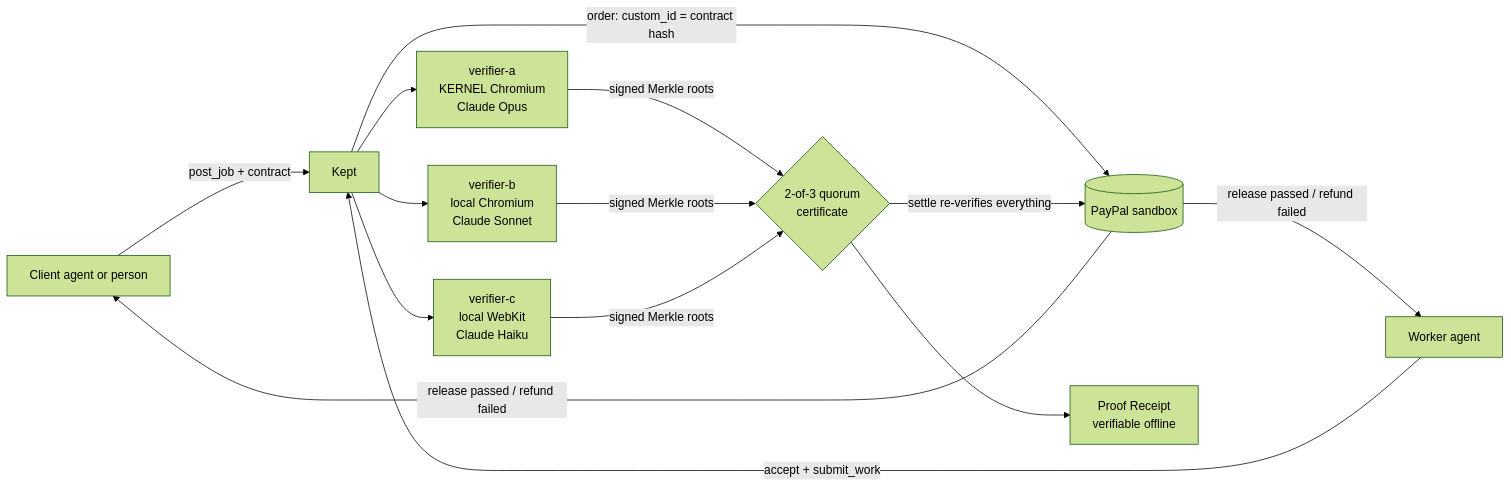
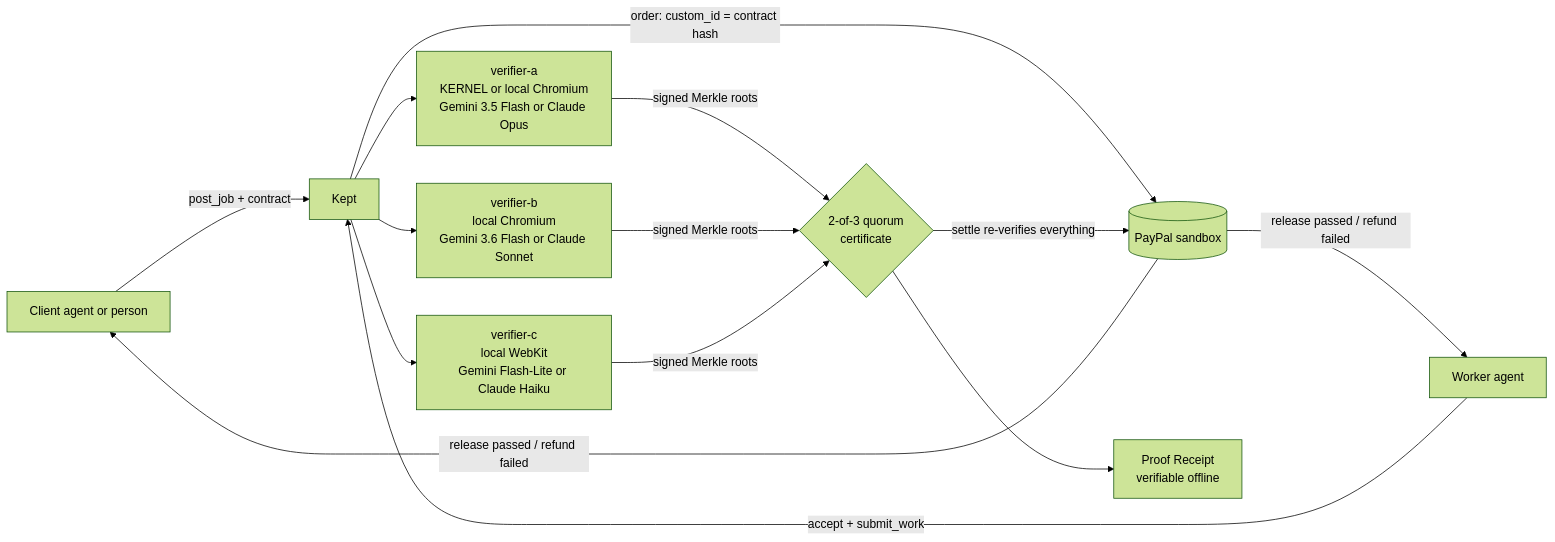
The diagram in README.md (paramvansh01/paypal), drawn with Mermaid (forest theme) before and after one commit. The commit also changed 1 other file, not shown here.

Commit message:
submission text lists the ai tools and how they are used, readme diagram matches the gemini judges

````diff
--- a/README.md
+++ b/README.md
@@ -88,13 +88,13 @@
 ```mermaid
 flowchart LR
   C[Client agent or person] -- post_job + contract --> K[Kept]
   W[Worker agent] -- accept + submit_work --> K
   K -- "order: custom_id = contract hash" --> P[(PayPal sandbox)]
-  K --> VA[verifier-a<br/>KERNEL Chromium<br/>Claude Opus]
-  K --> VB[verifier-b<br/>local Chromium<br/>Claude Sonnet]
-  K --> VC[verifier-c<br/>local WebKit<br/>Claude Haiku]
+  K --> VA[verifier-a<br/>KERNEL or local Chromium<br/>Gemini 3.5 Flash or Claude Opus]
+  K --> VB[verifier-b<br/>local Chromium<br/>Gemini 3.6 Flash or Claude Sonnet]
+  K --> VC[verifier-c<br/>local WebKit<br/>Gemini Flash-Lite or Claude Haiku]
   VA & VB & VC -- signed Merkle roots --> Q{2-of-3 quorum<br/>certificate}
   Q -- "settle re-verifies everything" --> P
   P -- "release passed / refund failed" --> W & C
   Q --> R[Proof Receipt<br/>verifiable offline]
 ```
````
